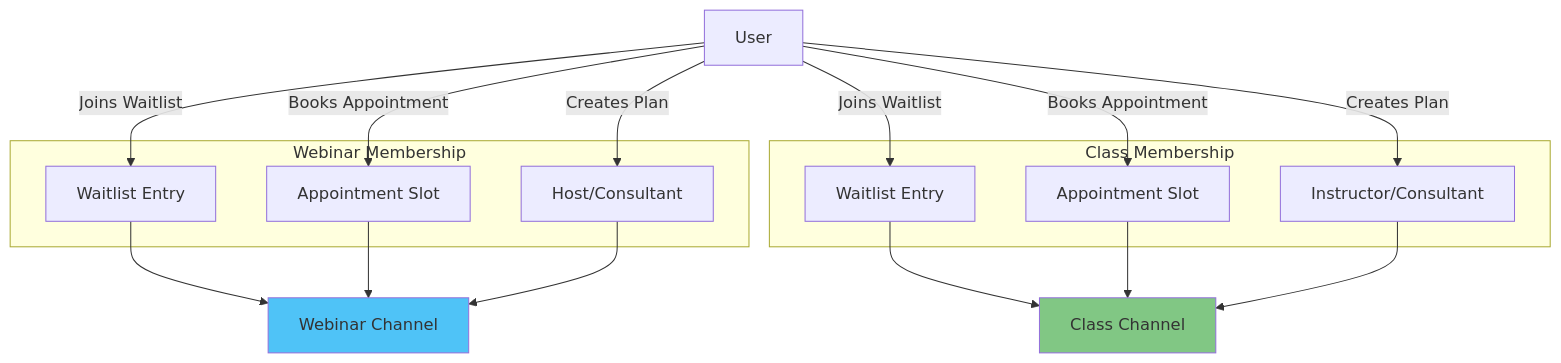
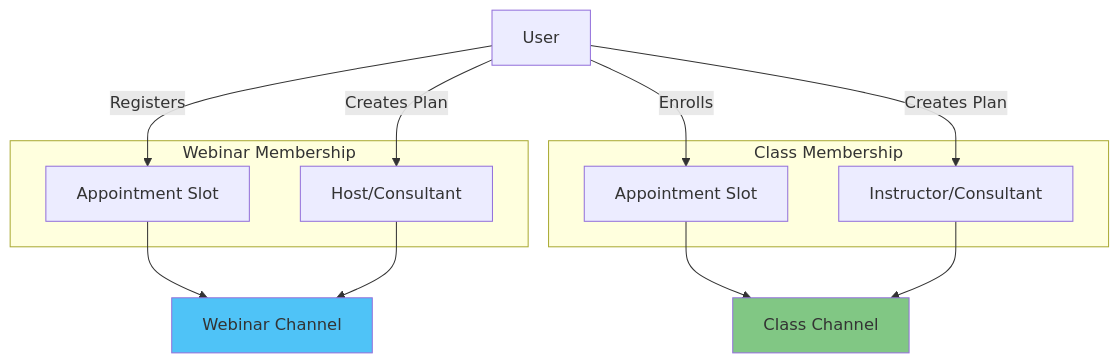
The first of 2 diagrams in docs/stream/06-channel-management.md (Practitionist/familiarise_web), drawn with Mermaid before and after one commit. The commit also changed other lines of this file and 181 other files, not shown here.

````diff
--- a/docs/stream/06-channel-management.md
+++ b/docs/stream/06-channel-management.md
@@ -304,35 +266,29 @@
 ```mermaid
 graph TB
     User[User]
 
     subgraph "Webinar Membership"
-        W1[Waitlist Entry]
         W2[Appointment Slot]
         W3[Host/Consultant]
     end
 
     subgraph "Class Membership"
-        C1[Waitlist Entry]
         C2[Appointment Slot]
         C3[Instructor/Consultant]
     end
 
-    User -->|Joins Waitlist| W1
-    User -->|Books Appointment| W2
+    User -->|Registers| W2
     User -->|Creates Plan| W3
 
-    User -->|Joins Waitlist| C1
-    User -->|Books Appointment| C2
+    User -->|Enrolls| C2
     User -->|Creates Plan| C3
 
-    W1 --> WChannel[Webinar Channel]
-    W2 --> WChannel
+    W2 --> WChannel[Webinar Channel]
     W3 --> WChannel
 
-    C1 --> CChannel[Class Channel]
-    C2 --> CChannel
+    C2 --> CChannel[Class Channel]
     C3 --> CChannel
 
     style WChannel fill:#4fc3f7
     style CChannel fill:#81c784
 ```
````
